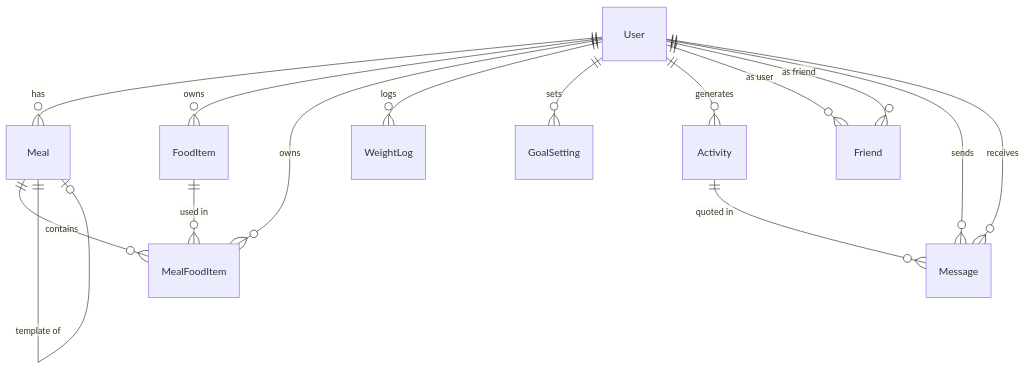
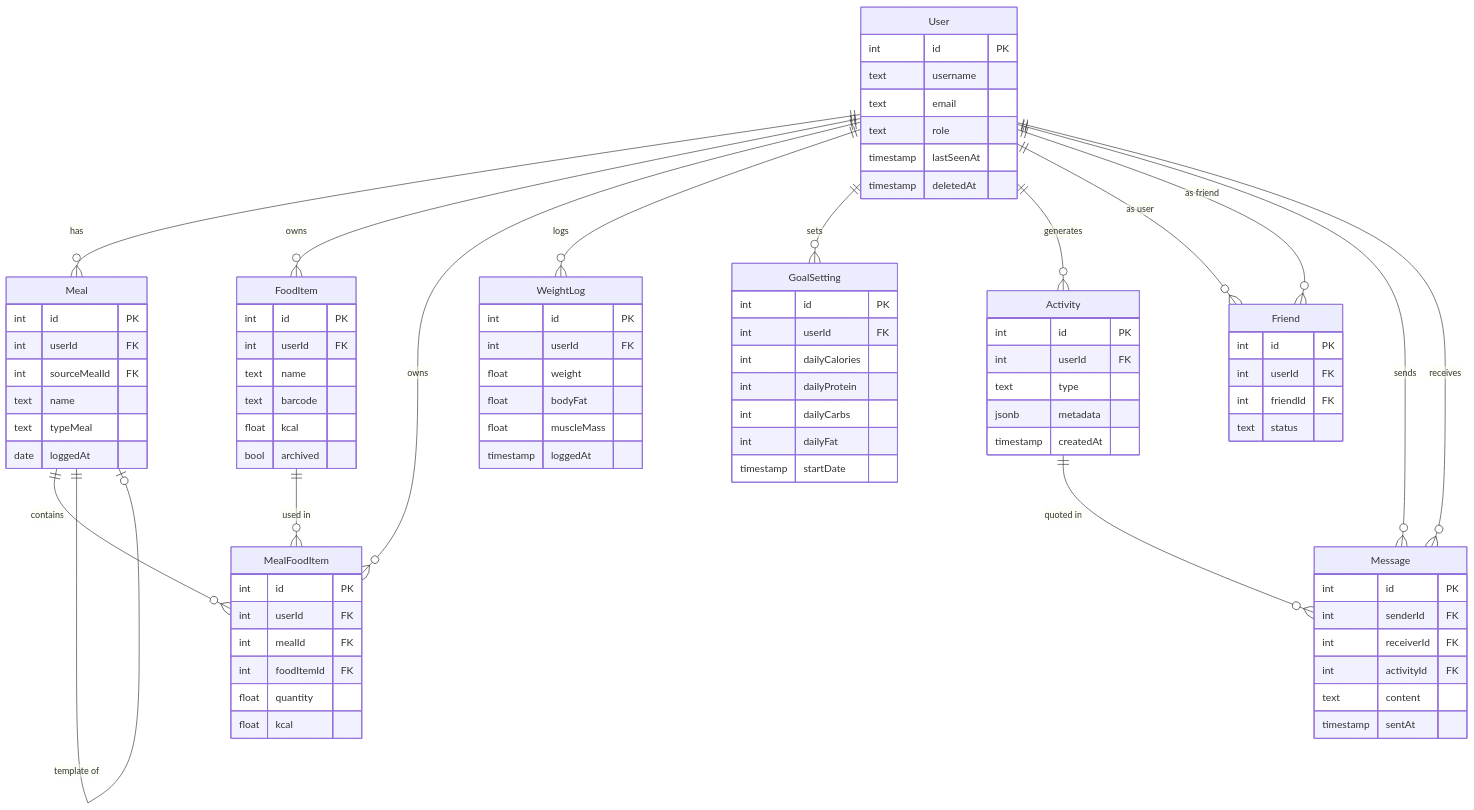
Before and after one commit to natamun/catchmeal: the diagram in README.md, drawn with Mermaid.

Commit message:
fix:Update mermaid schema

````diff
--- a/README.md
+++ b/README.md
@@ -113,5 +113,76 @@
 ```mermaid
 erDiagram
+    User {
+        int id PK
+        text username
+        text email
+        text role
+        timestamp lastSeenAt
+        timestamp deletedAt
+    }
+    WeightLog {
+        int id PK
+        int userId FK
+        float weight
+        float bodyFat
+        float muscleMass
+        timestamp loggedAt
+    }
+    GoalSetting {
+        int id PK
+        int userId FK
+        int dailyCalories
+        int dailyProtein
+        int dailyCarbs
+        int dailyFat
+        timestamp startDate
+    }
+    Meal {
+        int id PK
+        int userId FK
+        int sourceMealId FK
+        text name
+        text typeMeal
+        date loggedAt
+    }
+    MealFoodItem {
+        int id PK
+        int userId FK
+        int mealId FK
+        int foodItemId FK
+        float quantity
+        float kcal
+    }
+    FoodItem {
+        int id PK
+        int userId FK
+        text name
+        text barcode
+        float kcal
+        bool archived
+    }
+    Friend {
+        int id PK
+        int userId FK
+        int friendId FK
+        text status
+    }
+    Message {
+        int id PK
+        int senderId FK
+        int receiverId FK
+        int activityId FK
+        text content
+        timestamp sentAt
+    }
+    Activity {
+        int id PK
+        int userId FK
+        text type
+        jsonb metadata
+        timestamp createdAt
+    }
+
     User ||--o{ Meal : "has"
     User ||--o{ FoodItem : "owns"
     User ||--o{ MealFoodItem : "owns"
````
